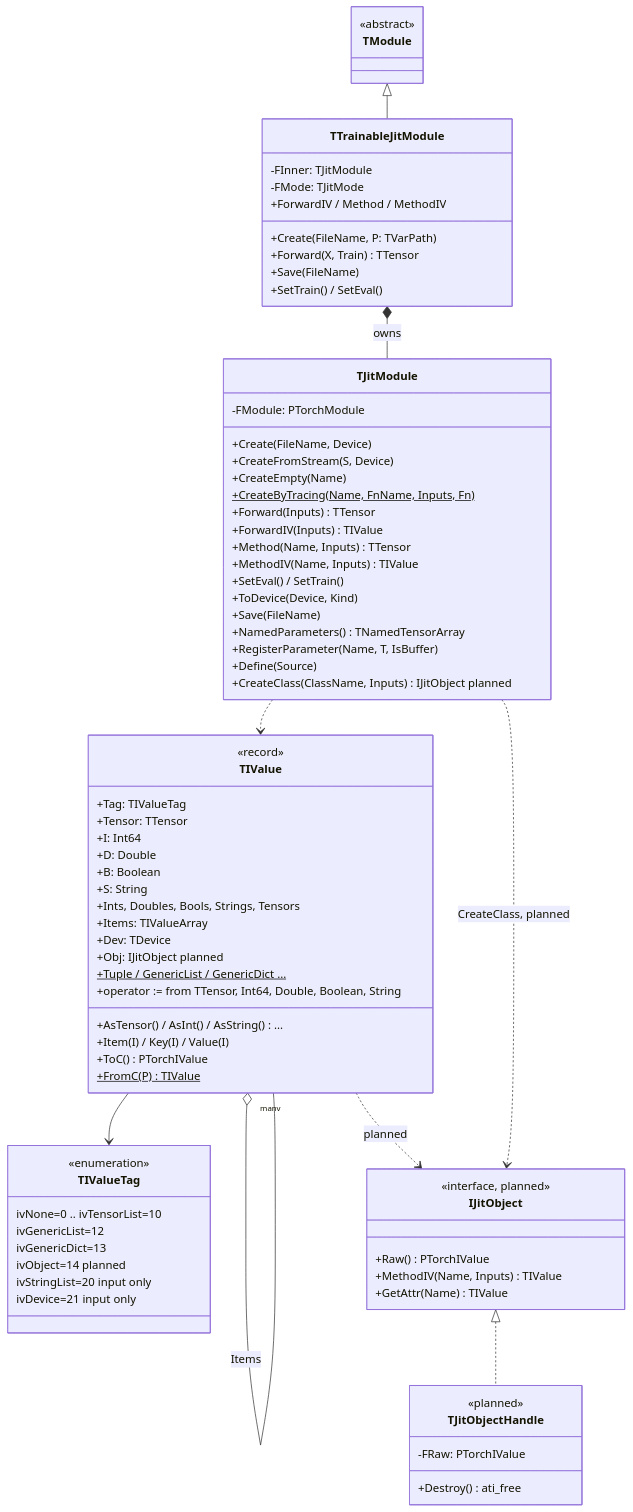
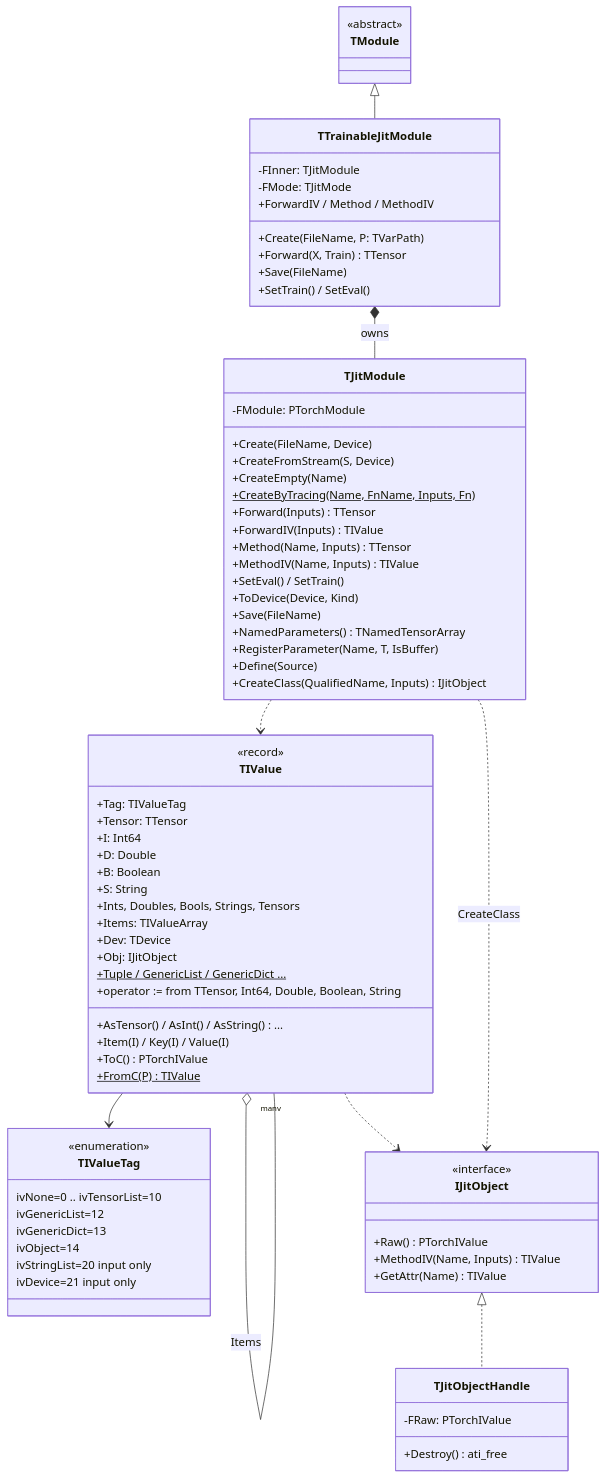
The fifth of 8 diagrams in docs/UML.md (tankoha/tch-fpc), drawn with Mermaid before and after one commit. The commit also changed other lines of this file and 10 other files, not shown here.

````diff
--- a/docs/UML.md
+++ b/docs/UML.md
@@ -378,80 +378,79 @@
 ```mermaid
 classDiagram
   class TIValue {
     <<record>>
     +Tag: TIValueTag
     +Tensor: TTensor
     +I: Int64
     +D: Double
     +B: Boolean
     +S: String
     +Ints, Doubles, Bools, Strings, Tensors
     +Items: TIValueArray
     +Dev: TDevice
-    +Obj: IJitObject  planned
+    +Obj: IJitObject
     +Tuple / GenericList / GenericDict ...$
     +operator := from TTensor, Int64, Double, Boolean, String
     +AsTensor() / AsInt() / AsString() ...
     +Item(I) / Key(I) / Value(I)
     +ToC() PTorchIValue
     +FromC(P) TIValue$
   }
   class TIValueTag {
     <<enumeration>>
     ivNone=0 .. ivTensorList=10
     ivGenericList=12
     ivGenericDict=13
-    ivObject=14  planned
+    ivObject=14
     ivStringList=20 input only
     ivDevice=21 input only
   }
   class TJitModule {
     -FModule: PTorchModule
     +Create(FileName, Device)
     +CreateFromStream(S, Device)
     +CreateEmpty(Name)
     +CreateByTracing(Name, FnName, Inputs, Fn)$
     +Forward(Inputs) TTensor
     +ForwardIV(Inputs) TIValue
     +Method(Name, Inputs) TTensor
     +MethodIV(Name, Inputs) TIValue
     +SetEval() / SetTrain()
     +ToDevice(Device, Kind)
     +Save(FileName)
     +NamedParameters() TNamedTensorArray
     +RegisterParameter(Name, T, IsBuffer)
     +Define(Source)
-    +CreateClass(ClassName, Inputs) IJitObject  planned
+    +CreateClass(QualifiedName, Inputs) IJitObject
   }
   class TTrainableJitModule {
     -FInner: TJitModule
     -FMode: TJitMode
     +Create(FileName, P: TVarPath)
     +Forward(X, Train) TTensor
     +ForwardIV / Method / MethodIV
     +Save(FileName)
     +SetTrain() / SetEval()
   }
   class TModule {
     <<abstract>>
   }
   class IJitObject {
-    <<interface, planned>>
+    <<interface>>
     +Raw() PTorchIValue
     +MethodIV(Name, Inputs) TIValue
     +GetAttr(Name) TIValue
   }
   class TJitObjectHandle {
-    <<planned>>
     -FRaw: PTorchIValue
     +Destroy() ati_free
   }
   TIValue --> TIValueTag
   TIValue o-- "many" TIValue : Items
-  TIValue ..> IJitObject : planned
+  TIValue ..> IJitObject
   IJitObject <|.. TJitObjectHandle
   TModule <|-- TTrainableJitModule
   TTrainableJitModule *-- TJitModule : owns
   TJitModule ..> TIValue
-  TJitModule ..> IJitObject : CreateClass, planned
+  TJitModule ..> IJitObject : CreateClass
 ```
````
